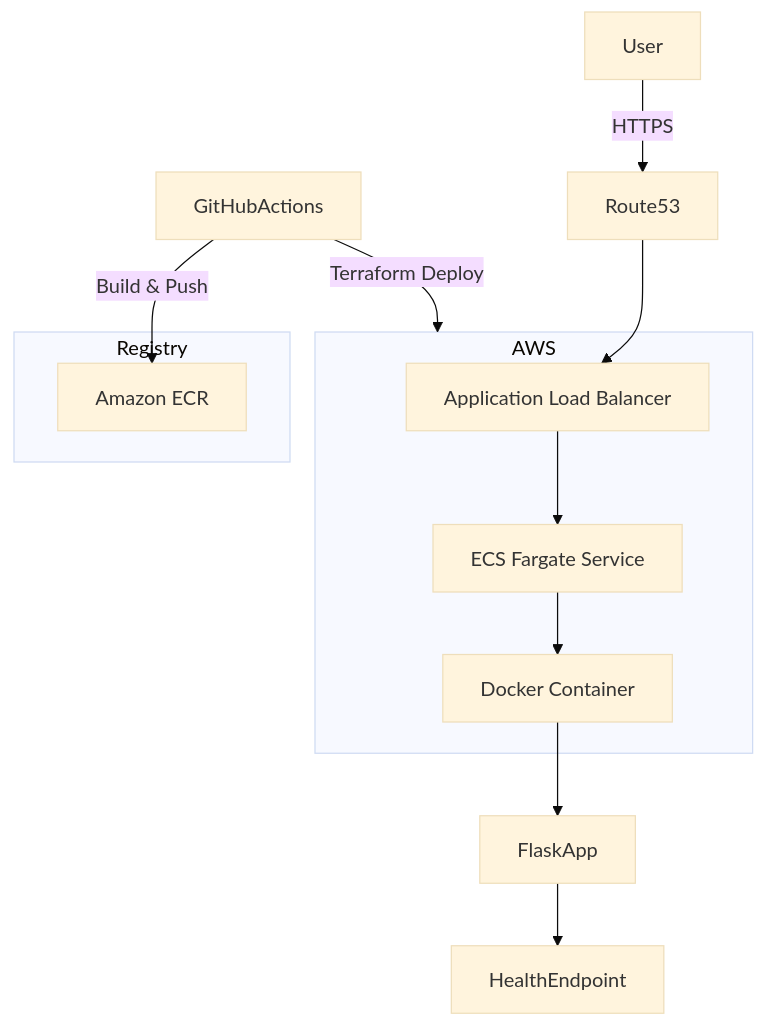
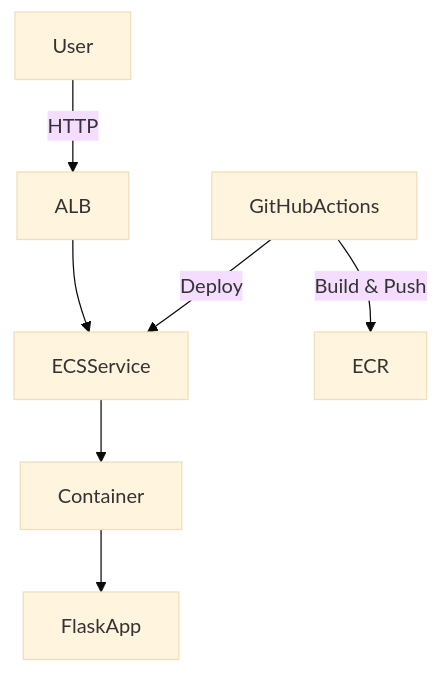
Before and after one commit to 39WA/The-AWS-ECS-Project: the diagram in README.md, drawn with Mermaid (base theme). The commit also changed other lines of this file and 1 other file, not shown here.

````diff
--- a/README.md
+++ b/README.md
@@ -38,23 +57,9 @@
 ```mermaid
 flowchart TD
-
-User -->|HTTPS| Route53
-Route53 --> ALB
+User -->|HTTP| ALB
 ALB --> ECSService
 ECSService --> Container
 Container --> FlaskApp
-FlaskApp --> HealthEndpoint
-
-subgraph AWS
-ALB[Application Load Balancer]
-ECSService[ECS Fargate Service]
-Container[Docker Container]
-end
-
-subgraph Registry
-ECR[Amazon ECR]
-end
-
 GitHubActions -->|Build & Push| ECR
-GitHubActions -->|Terraform Deploy| AWS
+GitHubActions -->|Deploy| ECSService
 ```
````
